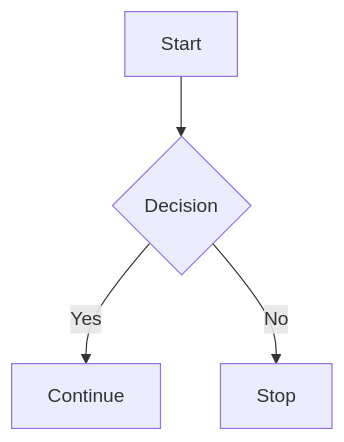
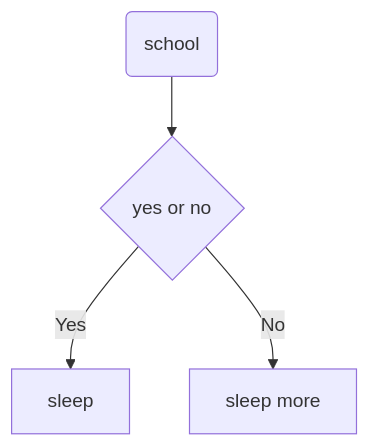
Before and after one commit to onnikiv/Hardware2: the diagram in README.md, drawn with Mermaid.

````diff
--- a/README.md
+++ b/README.md
@@ -3,6 +3,6 @@
 ```mermaid
 flowchart TB
-    A[Start] --> B{Decision}
-    B -->|Yes| C[Continue]
-    B -->|No| D[Stop]
+    A(school) --> B{yes or no}
+    B -->|Yes| C[sleep]
+    B -->|No| D[sleep more]
 ```
````
